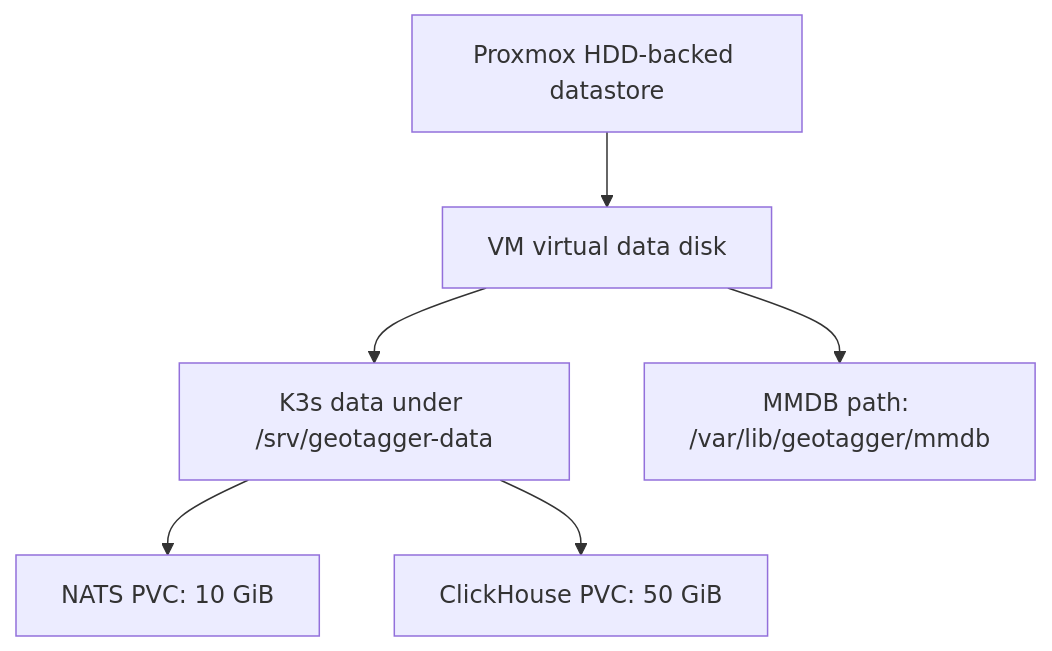
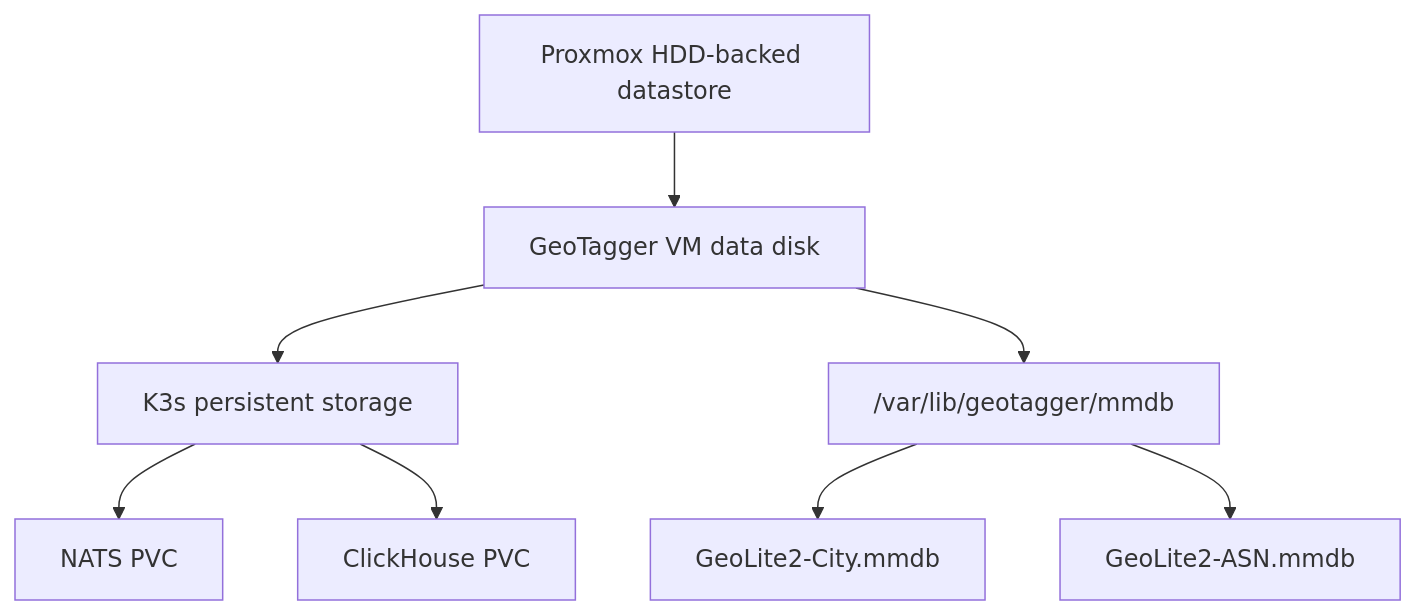
Before and after one commit to Jstarzz/geotagger: diagram 14 of 15 in docs/ARCHITECTURE.md, drawn with Mermaid. The commit also changed other lines of this file, not shown here.

Commit message:
docs: update architecture for City and ASN intelligence

````diff
--- a/docs/ARCHITECTURE.md
+++ b/docs/ARCHITECTURE.md
@@ -312,8 +410,10 @@
 ```mermaid
 flowchart TB
-    PVE["Proxmox HDD-backed datastore"] --> VDISK["VM virtual data disk"]
-    VDISK --> K3SDATA["K3s data under /srv/geotagger-data"]
-    K3SDATA --> NPVC["NATS PVC: 10 GiB"]
-    K3SDATA --> CPVC["ClickHouse PVC: 50 GiB"]
-    VDISK --> MMDB["MMDB path: /var/lib/geotagger/mmdb"]
+    DATASTORE["Proxmox HDD-backed datastore"] --> VDISK["GeoTagger VM data disk"]
+    VDISK --> K3S["K3s persistent storage"]
+    K3S --> NPVC["NATS PVC"]
+    K3S --> CPVC["ClickHouse PVC"]
+    VDISK --> MMDBDIR["/var/lib/geotagger/mmdb"]
+    MMDBDIR --> CITY["GeoLite2-City.mmdb"]
+    MMDBDIR --> ASN["GeoLite2-ASN.mmdb"]
 ```
````
